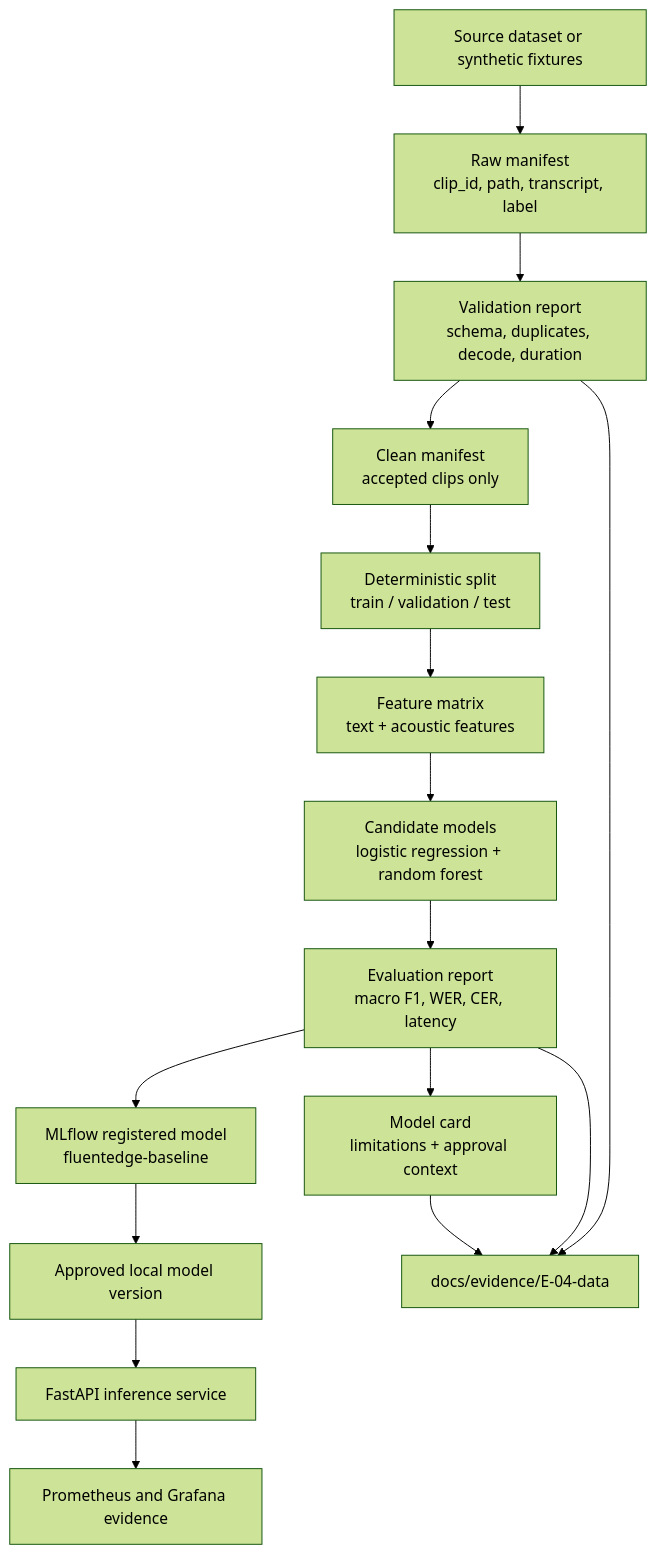
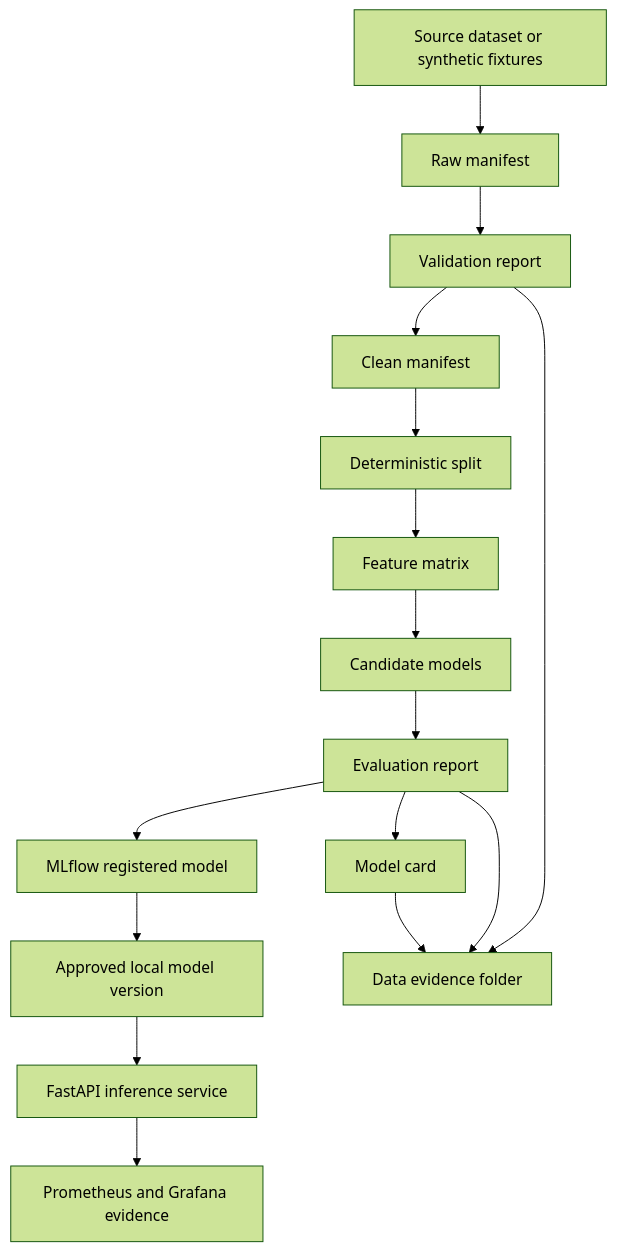
Before and after one commit to DanielAndi/fluentedge: the third of 6 diagrams in FluentEdge_Sprint2_Design_and_Requirements_Specification.md, drawn with Mermaid (forest theme). The commit also changed other lines of this file and 2 other files, not shown here.

First line of the commit message:
docs(spec): simplify Mermaid diagrams for reliable PDF export

````diff
--- a/FluentEdge_Sprint2_Design_and_Requirements_Specification.md
+++ b/FluentEdge_Sprint2_Design_and_Requirements_Specification.md
@@ -529,18 +509,18 @@
 ```mermaid
-flowchart TB
-    SRC["Source dataset or synthetic fixtures"] --> MAN["Raw manifest<br/>clip_id, path, transcript, label"]
-    MAN --> VAL["Validation report<br/>schema, duplicates, decode, duration"]
-    VAL --> CLEAN["Clean manifest<br/>accepted clips only"]
-    CLEAN --> SPLIT["Deterministic split<br/>train / validation / test"]
-    SPLIT --> FEAT["Feature matrix<br/>text + acoustic features"]
-    FEAT --> CAND["Candidate models<br/>logistic regression + random forest"]
-    CAND --> EVAL["Evaluation report<br/>macro F1, WER, CER, latency"]
-    EVAL --> CARD["Model card<br/>limitations + approval context"]
-    EVAL --> REG["MLflow registered model<br/>fluentedge-baseline"]
-    REG --> PROD["Approved local model version"]
-    PROD --> API["FastAPI inference service"]
-    API --> METRICS["Prometheus and Grafana evidence"]
-    VAL --> EVID["docs/evidence/E-04-data"]
+graph TB
+    SRC[Source dataset or synthetic fixtures] --> MAN[Raw manifest]
+    MAN --> VAL[Validation report]
+    VAL --> CLEAN[Clean manifest]
+    CLEAN --> SPLIT[Deterministic split]
+    SPLIT --> FEAT[Feature matrix]
+    FEAT --> CAND[Candidate models]
+    CAND --> EVAL[Evaluation report]
+    EVAL --> CARD[Model card]
+    EVAL --> REG[MLflow registered model]
+    REG --> PROD[Approved local model version]
+    PROD --> API[FastAPI inference service]
+    API --> METRICS[Prometheus and Grafana evidence]
+    VAL --> EVID[Data evidence folder]
     EVAL --> EVID
     CARD --> EVID
 ```
````
